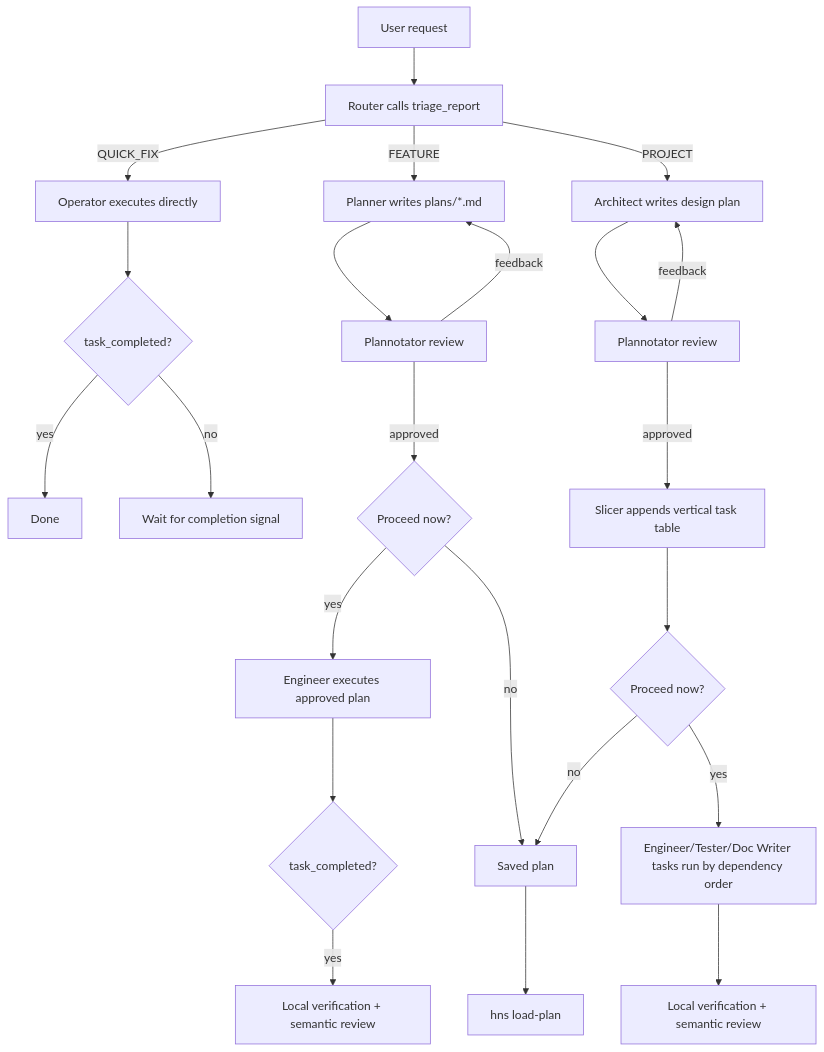
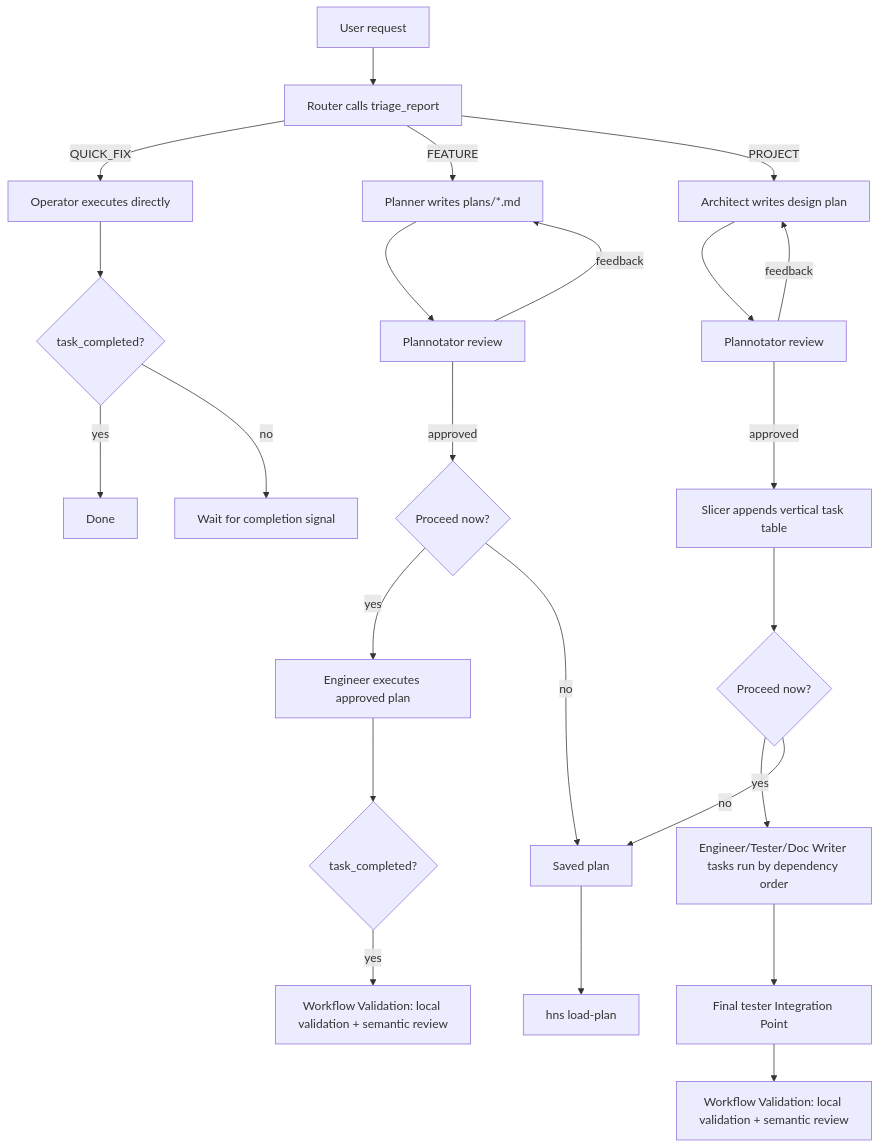
One commit to gandazgul/harns changed the diagram in README.md. Above: the diagram before and after it, drawn with Mermaid. The commit also changed other lines of this file and 16 other files, not shown here.

First line of the commit message:
Introduce workflow decisions and Integration Point concept

````diff
--- a/README.md
+++ b/README.md
@@ -40,29 +40,30 @@
 ```mermaid
 flowchart TD
     U[User request] --> R[Router calls triage_report]
 
     R -->|QUICK_FIX| O[Operator executes directly]
     O --> TC1{task_completed?}
     TC1 -->|yes| QD[Done]
     TC1 -->|no| W1[Wait for completion signal]
 
     R -->|FEATURE| P[Planner writes plans/*.md]
     P --> PR[Plannotator review]
     PR -->|feedback| P
     PR -->|approved| PA{Proceed now?}
     PA -->|yes| E[Engineer executes approved plan]
     PA -->|no| SP[Saved plan]
     E --> TC2{task_completed?}
-    TC2 -->|yes| V2[Local verification + semantic review]
+    TC2 -->|yes| V2[Workflow Validation: local validation + semantic review]
 
     R -->|PROJECT| A[Architect writes design plan]
     A --> PR2[Plannotator review]
     PR2 -->|feedback| A
     PR2 -->|approved| S[Slicer appends vertical task table]
     S --> PX{Proceed now?}
     PX -->|yes| T[Engineer/Tester/Doc Writer tasks run by dependency order]
     PX -->|no| SP
-    T --> V3[Local verification + semantic review]
+    T --> IP[Final tester Integration Point]
+    IP --> V3[Workflow Validation: local validation + semantic review]
 
     SP --> LP[hns load-plan]
 ```
````
